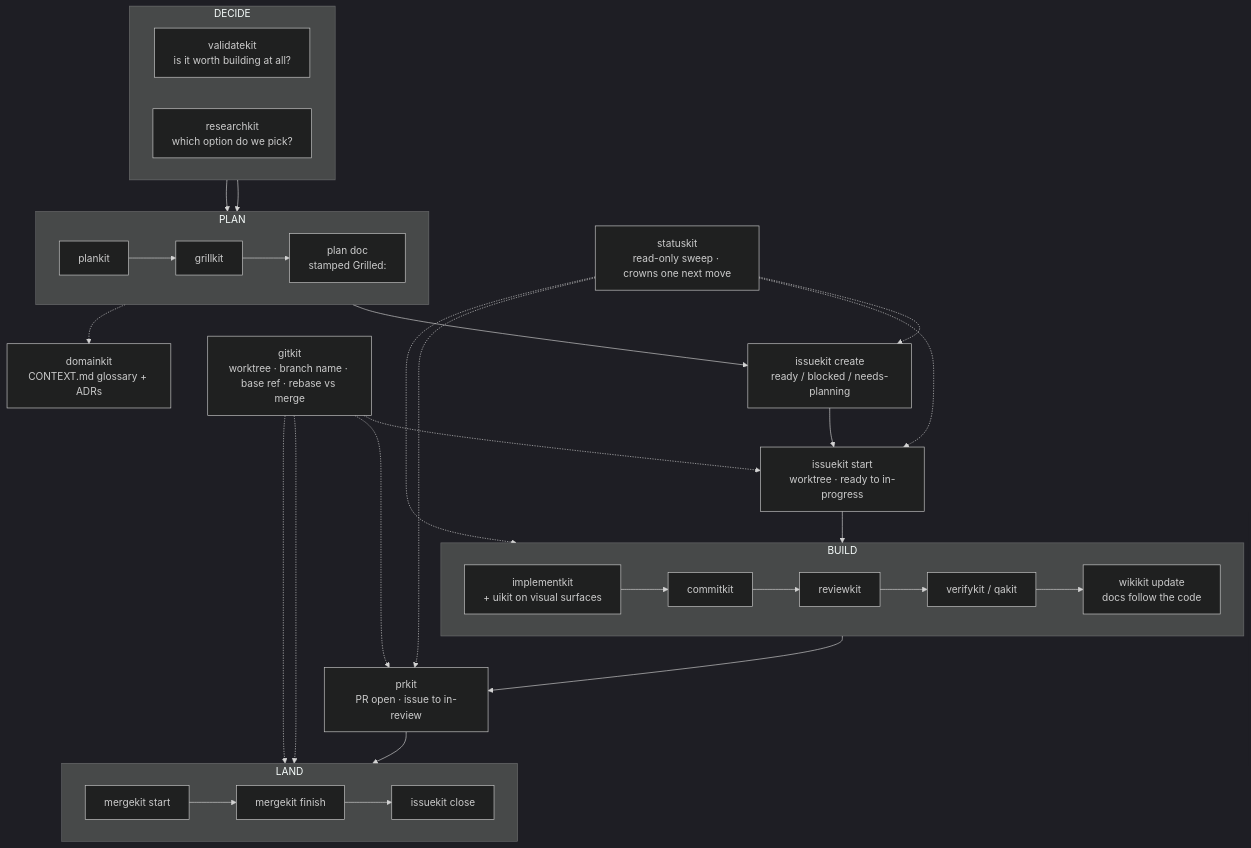
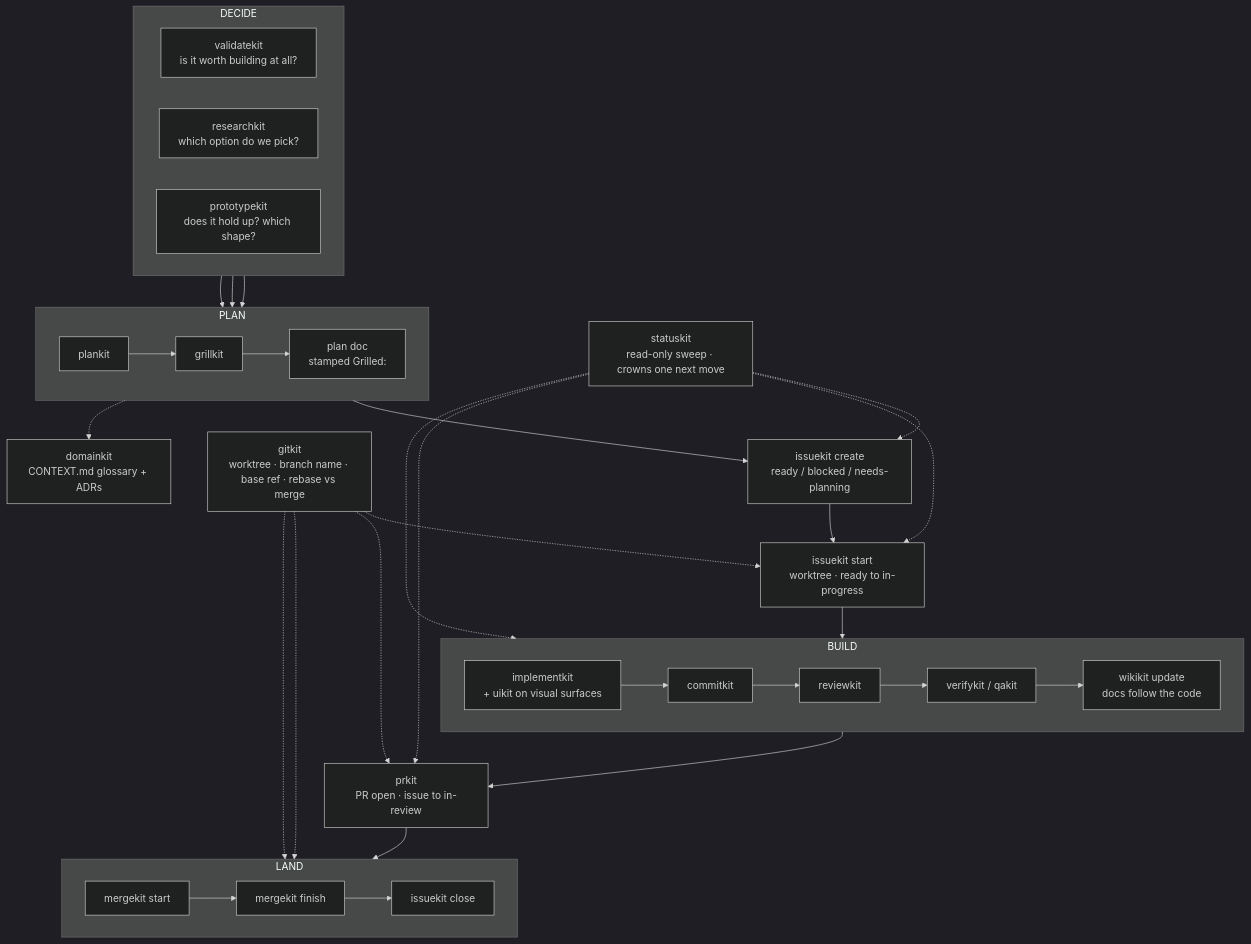
One commit to mimukit/skills changed the diagram in WORKFLOW.md. Above: the diagram before and after it, drawn with Mermaid (dark theme). The commit also changed other lines of this file and 6 other files, not shown here.

````diff
--- a/WORKFLOW.md
+++ b/WORKFLOW.md
@@ -35,50 +36,52 @@
 ```mermaid
 flowchart TD
     ST["statuskit<br>read-only sweep · crowns one next move"]
 
     subgraph decide["DECIDE"]
         direction LR
         V["validatekit<br>is it worth building at all?"]
         R["researchkit<br>which option do we pick?"]
+        PR["prototypekit<br>does it hold up? which shape?"]
     end
 
     subgraph plan["PLAN"]
         direction LR
         P["plankit"] --> G["grillkit"] --> PD["plan doc<br>stamped Grilled:"]
     end
 
     F["issuekit create<br>ready / blocked / needs-planning"]
     S["issuekit start<br>worktree · ready to in-progress"]
 
     subgraph build["BUILD"]
         direction LR
         I["implementkit<br>+ uikit on visual surfaces"] --> C["commitkit"] --> RV["reviewkit"] --> Q["verifykit / qakit"] --> W["wikikit update<br>docs follow the code"]
     end
 
     SH["prkit<br>PR open · issue to in-review"]
 
     subgraph land["LAND"]
         direction LR
         M1["mergekit start"] --> M2["mergekit finish"] --> M3["issuekit close"]
     end
 
     GK["gitkit<br>worktree · branch name · base ref · rebase vs merge"]
     DK["domainkit<br>CONTEXT.md glossary + ADRs"]
 
     V --> P
     R --> P
+    PR --> P
     PD --> F --> S --> I
     W --> SH --> M1
 
     ST -.-> F
     ST -.-> S
     ST -.-> I
     ST -.-> SH
 
     GK -.-> S
     GK -.-> SH
     GK -.-> M1
     GK -.-> M3
 
     G -.-> DK
 ```
````
